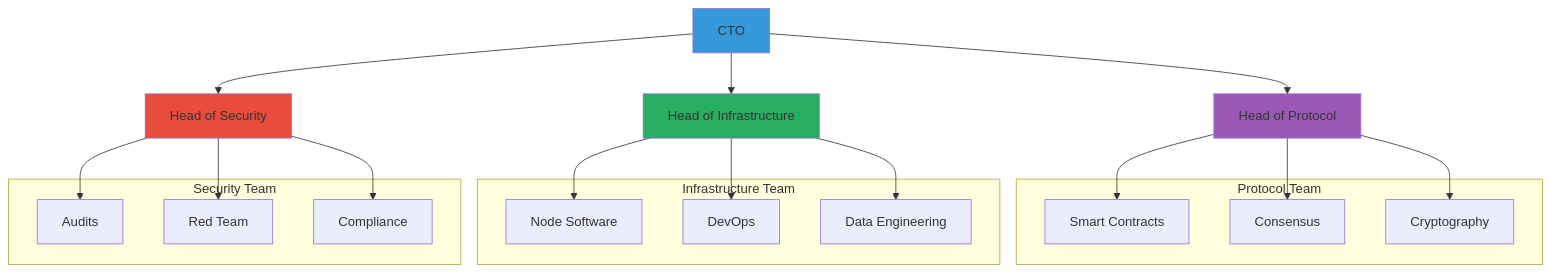
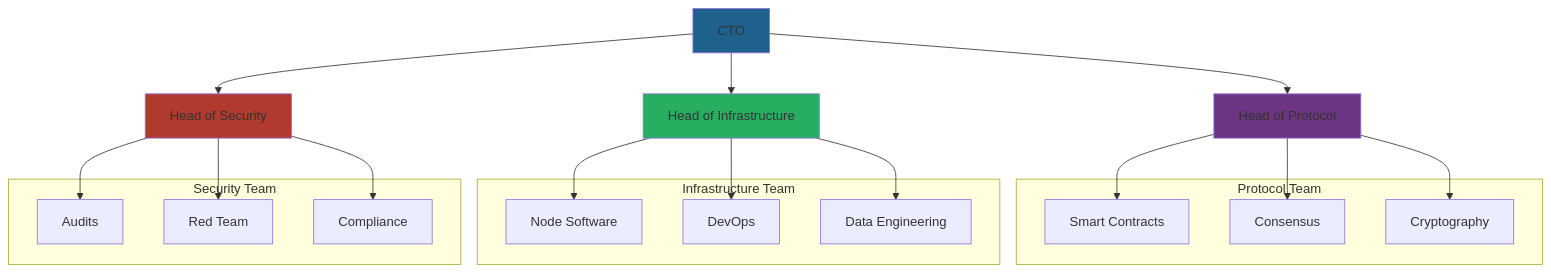
One commit to CipherOcto/cipherocto changed the second of 5 diagrams in docs/06-operations/team/org-chart.md. Above: the diagram before and after it, drawn with Mermaid. The commit also changed other lines of this file and 13 other files, not shown here.

First line of the commit message:
Improve Mermaid diagram accessibility: Fix color contrast

````diff
--- a/docs/06-operations/team/org-chart.md
+++ b/docs/06-operations/team/org-chart.md
@@ -32,46 +32,46 @@
 ```mermaid
 graph TB
     CTO[CTO]
     HeadProtocol[Head of Protocol]
     HeadInfra[Head of Infrastructure]
     HeadSecurity[Head of Security]
 
     CTO --> HeadProtocol
     CTO --> HeadInfra
     CTO --> HeadSecurity
 
     subgraph PROTOCOL["Protocol Team"]
         ProtocolTeam1[Smart Contracts]
         ProtocolTeam2[Consensus]
         ProtocolTeam3[Cryptography]
     end
 
     subgraph INFRA["Infrastructure Team"]
         InfraTeam1[Node Software]
         InfraTeam2[DevOps]
         InfraTeam3[Data Engineering]
     end
 
     subgraph SECURITY["Security Team"]
         SecurityTeam1[Audits]
         SecurityTeam2[Red Team]
         SecurityTeam3[Compliance]
     end
 
     HeadProtocol --> ProtocolTeam1
     HeadProtocol --> ProtocolTeam2
     HeadProtocol --> ProtocolTeam3
 
     HeadInfra --> InfraTeam1
     HeadInfra --> InfraTeam2
     HeadInfra --> InfraTeam3
 
     HeadSecurity --> SecurityTeam1
     HeadSecurity --> SecurityTeam2
     HeadSecurity --> SecurityTeam3
 
-    style CTO fill:#3498db
-    style HeadProtocol fill:#9b59b6
+    style CTO fill:#1f618d
+    style HeadProtocol fill:#6c3483
     style HeadInfra fill:#27ae60
-    style HeadSecurity fill:#e74c3c
+    style HeadSecurity fill:#b03a2e
 ```
````
